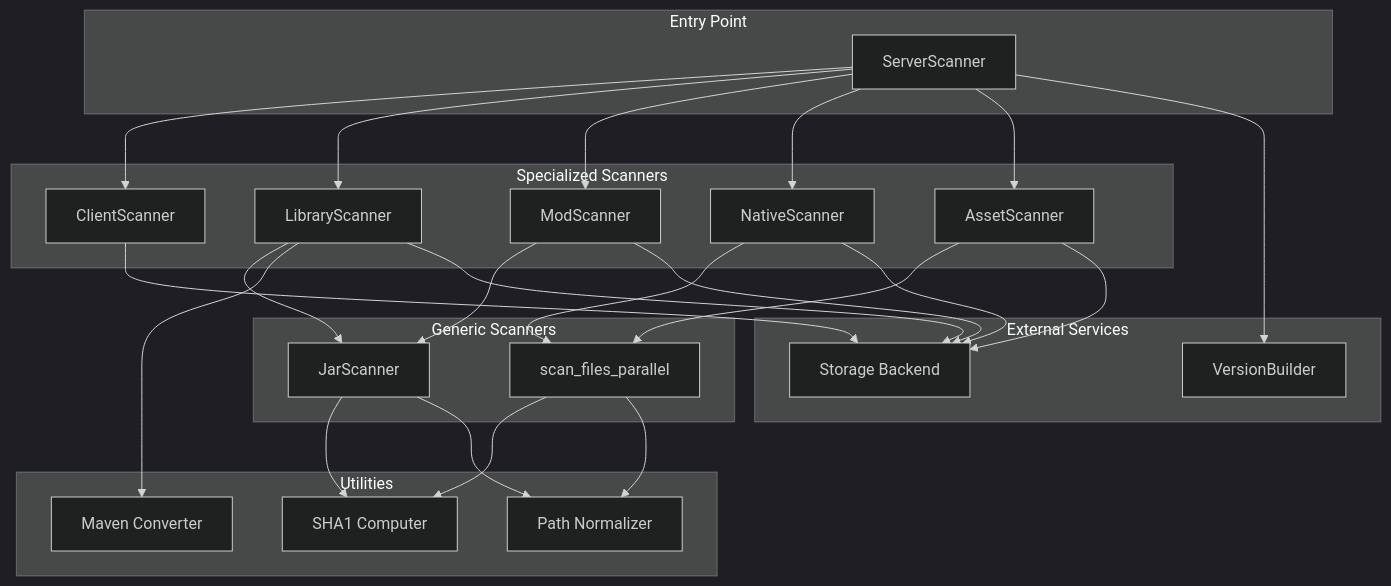
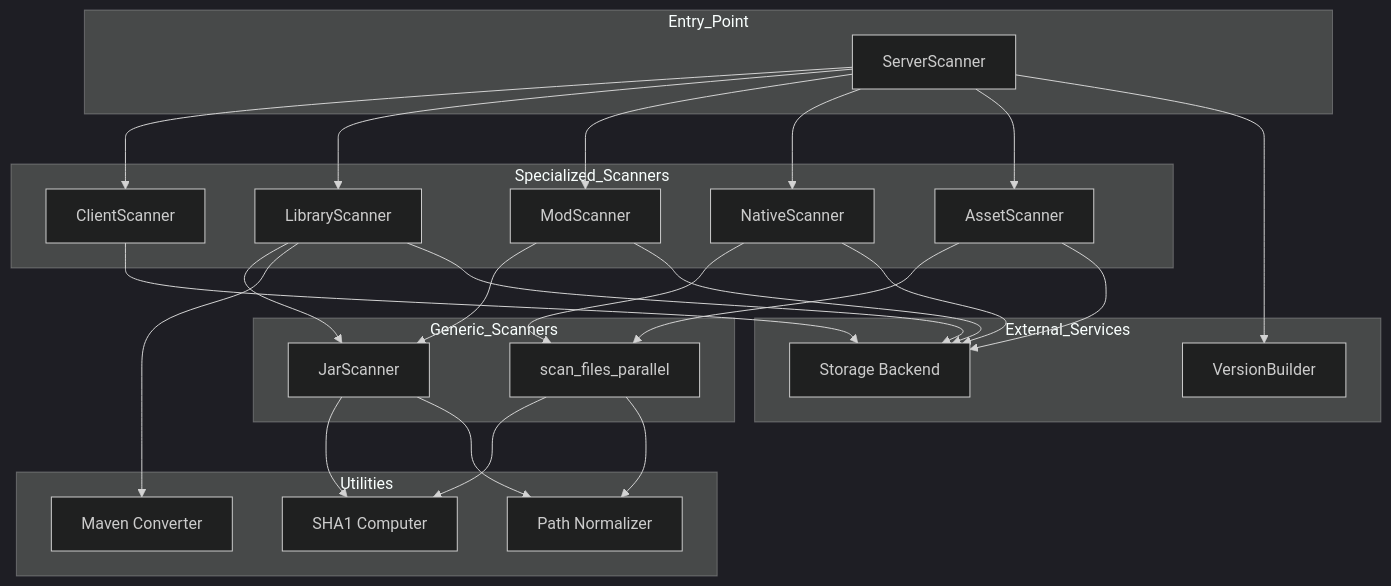
Before and after one commit to Lighty-Launcher/LightyUpdater: the first of 8 diagrams in crates/scanner/docs/architecture.md, drawn with Mermaid (dark theme). The commit also changed other lines of this file and 31 other files, not shown here.

Commit message:
edit mermaid in docs

````diff
--- a/crates/scanner/docs/architecture.md
+++ b/crates/scanner/docs/architecture.md
@@ -9,55 +9,55 @@
 ```mermaid
 graph TB
-    subgraph "Entry Point"
+    subgraph Entry_Point
         SS[ServerScanner]
     end
 
-    subgraph "Specialized Scanners"
+    subgraph Specialized_Scanners
         CS[ClientScanner]
         LS[LibraryScanner]
         MS[ModScanner]
         NS[NativeScanner]
         AS[AssetScanner]
     end
 
-    subgraph "Generic Scanners"
+    subgraph Generic_Scanners
         JS[JarScanner]
         FP[scan_files_parallel]
     end
 
-    subgraph "Utilities"
+    subgraph Utilities
         Hash[SHA1 Computer]
         Path[Path Normalizer]
         Maven[Maven Converter]
     end
 
-    subgraph "External Services"
+    subgraph External_Services
         Storage[Storage Backend]
         Models[VersionBuilder]
     end
 
     SS --> CS
     SS --> LS
     SS --> MS
     SS --> NS
     SS --> AS
 
     LS --> JS
     MS --> JS
     NS --> FP
     AS --> FP
 
     JS --> Hash
     FP --> Hash
     JS --> Path
     FP --> Path
     LS --> Maven
 
     CS --> Storage
     LS --> Storage
     MS --> Storage
     NS --> Storage
     AS --> Storage
 
     SS --> Models
 ```
````
